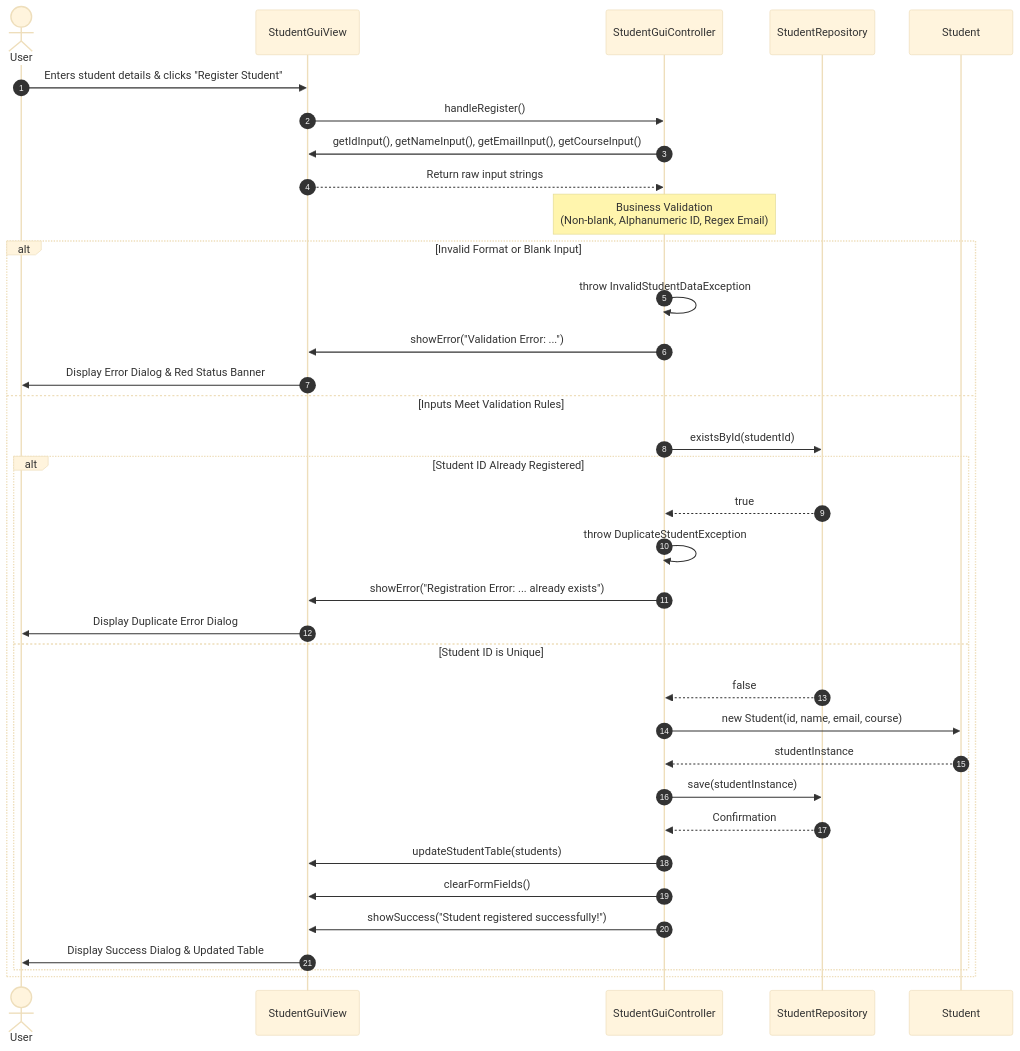
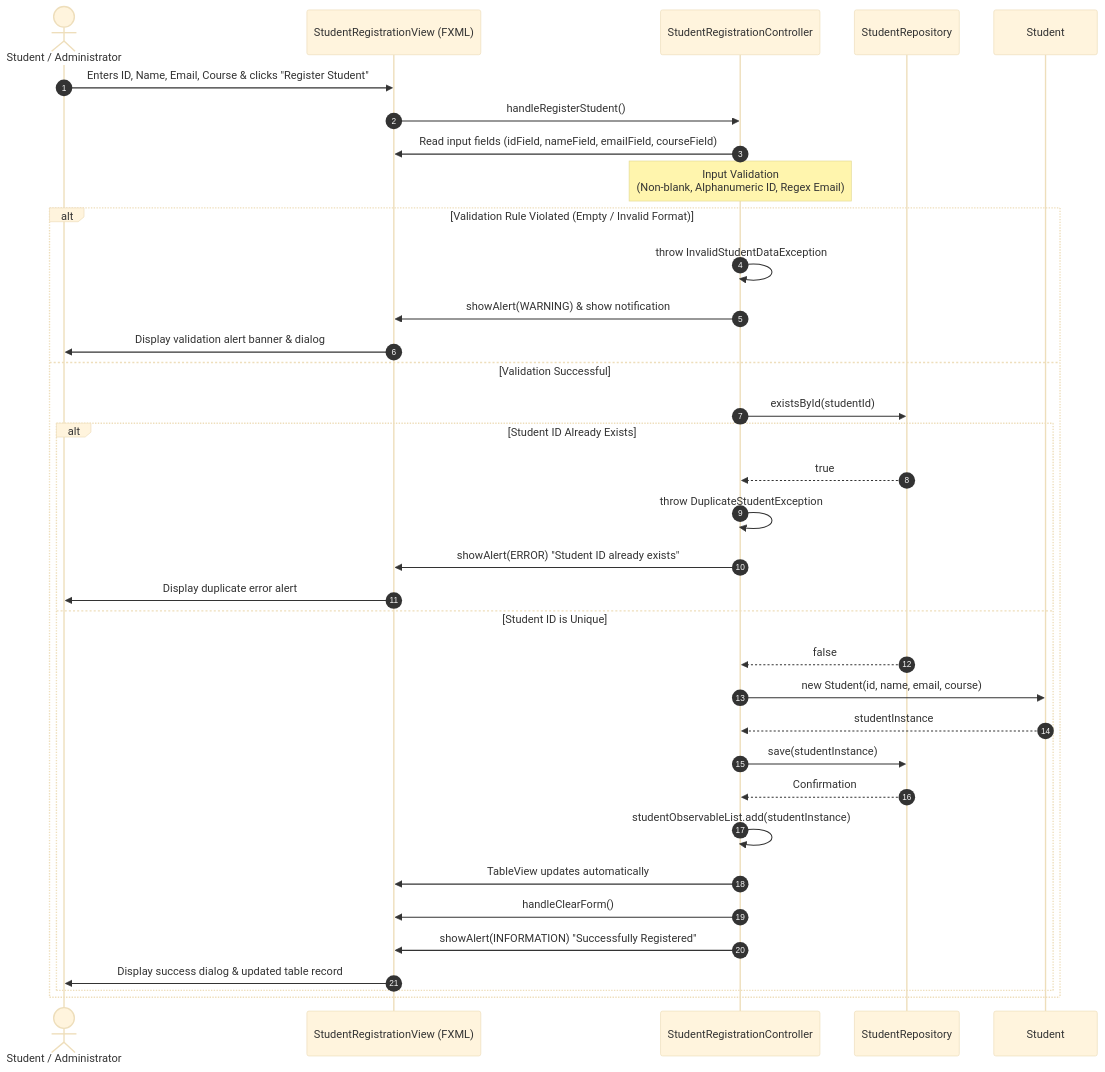
Before and after one commit to Archi-xima/SimpleJavaFXApp: the second of 2 diagrams in README.md, drawn with Mermaid (base theme). The commit also changed other lines of this file and 15 other files, not shown here.

````diff
--- a/README.md
+++ b/README.md
@@ -81,41 +87,41 @@
 ```mermaid
 sequenceDiagram
     autonumber
-    actor User
-    participant View as StudentGuiView
-    participant Controller as StudentGuiController
+    actor User as Student / Administrator
+    participant View as StudentRegistrationView (FXML)
+    participant Controller as StudentRegistrationController
     participant Repository as StudentRepository
     participant Model as Student
 
-    User ->> View: Enters student details & clicks "Register Student"
-    View ->> Controller: handleRegister()
-    Controller ->> View: getIdInput(), getNameInput(), getEmailInput(), getCourseInput()
-    View -->> Controller: Return raw input strings
+    User ->> View: Enters ID, Name, Email, Course & clicks "Register Student"
+    View ->> Controller: handleRegisterStudent()
+    Controller ->> View: Read input fields (idField, nameField, emailField, courseField)
 
-    Note over Controller: Business Validation<br/>(Non-blank, Alphanumeric ID, Regex Email)
-    
-    alt Invalid Format or Blank Input
+    Note over Controller: Input Validation<br/>(Non-blank, Alphanumeric ID, Regex Email)
+
+    alt Validation Rule Violated (Empty / Invalid Format)
         Controller ->> Controller: throw InvalidStudentDataException
-        Controller ->> View: showError("Validation Error: ...")
-        View ->> User: Display Error Dialog & Red Status Banner
-    else Inputs Meet Validation Rules
+        Controller ->> View: showAlert(WARNING) & show notification
+        View ->> User: Display validation alert banner & dialog
+    else Validation Successful
         Controller ->> Repository: existsById(studentId)
         
-        alt Student ID Already Registered
+        alt Student ID Already Exists
             Repository -->> Controller: true
             Controller ->> Controller: throw DuplicateStudentException
-            Controller ->> View: showError("Registration Error: ... already exists")
-            View ->> User: Display Duplicate Error Dialog
+            Controller ->> View: showAlert(ERROR) "Student ID already exists"
+            View ->> User: Display duplicate error alert
         else Student ID is Unique
             Repository -->> Controller: false
             Controller ->> Model: new Student(id, name, email, course)
             Model -->> Controller: studentInstance
             Controller ->> Repository: save(studentInstance)
             Repository -->> Controller: Confirmation
-            Controller ->> View: updateStudentTable(students)
-            Controller ->> View: clearFormFields()
-            Controller ->> View: showSuccess("Student registered successfully!")
-            View ->> User: Display Success Dialog & Updated Table
+            Controller ->> Controller: studentObservableList.add(studentInstance)
+            Controller ->> View: TableView updates automatically
+            Controller ->> View: handleClearForm()
+            Controller ->> View: showAlert(INFORMATION) "Successfully Registered"
+            View ->> User: Display success dialog & updated table record
         end
     end
 ```
````
